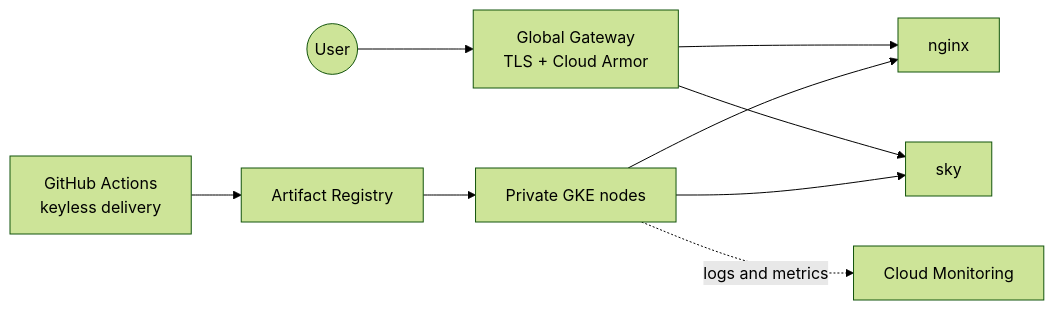
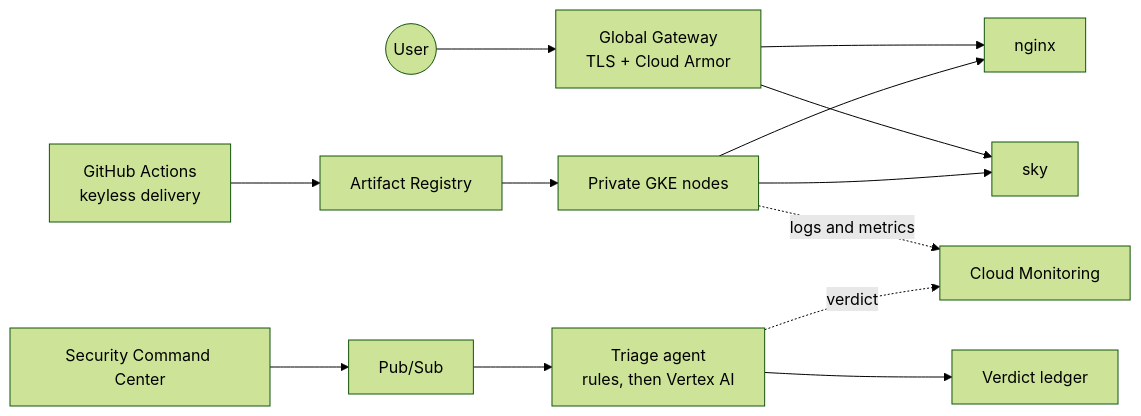
One commit to sindredg/sindredg changed the diagram in README.md. Above: the diagram before and after it, drawn with Mermaid (forest theme). The commit also changed other lines of this file, not shown here.

Commit message:
docs: the platform's agent triages findings, and the numbers say how well

````diff
--- a/README.md
+++ b/README.md
@@ -57,11 +66,15 @@
 ```mermaid
 flowchart LR
     User((User)) --> Edge[Global Gateway<br/>TLS + Cloud Armor]
     Edge --> Nginx[nginx]
     Edge --> Sky[sky]
     Actions[GitHub Actions<br/>keyless delivery] --> Registry[Artifact Registry]
     Registry --> GKE[Private GKE nodes]
     GKE --> Nginx
     GKE --> Sky
     GKE -. logs and metrics .-> Monitor[Cloud Monitoring]
+    SCC[Security Command Center] --> PubSub[Pub/Sub]
+    PubSub --> Agent[Triage agent<br/>rules, then Vertex AI]
+    Agent --> Ledger[Verdict ledger]
+    Agent -. verdict .-> Monitor
 ```
````
